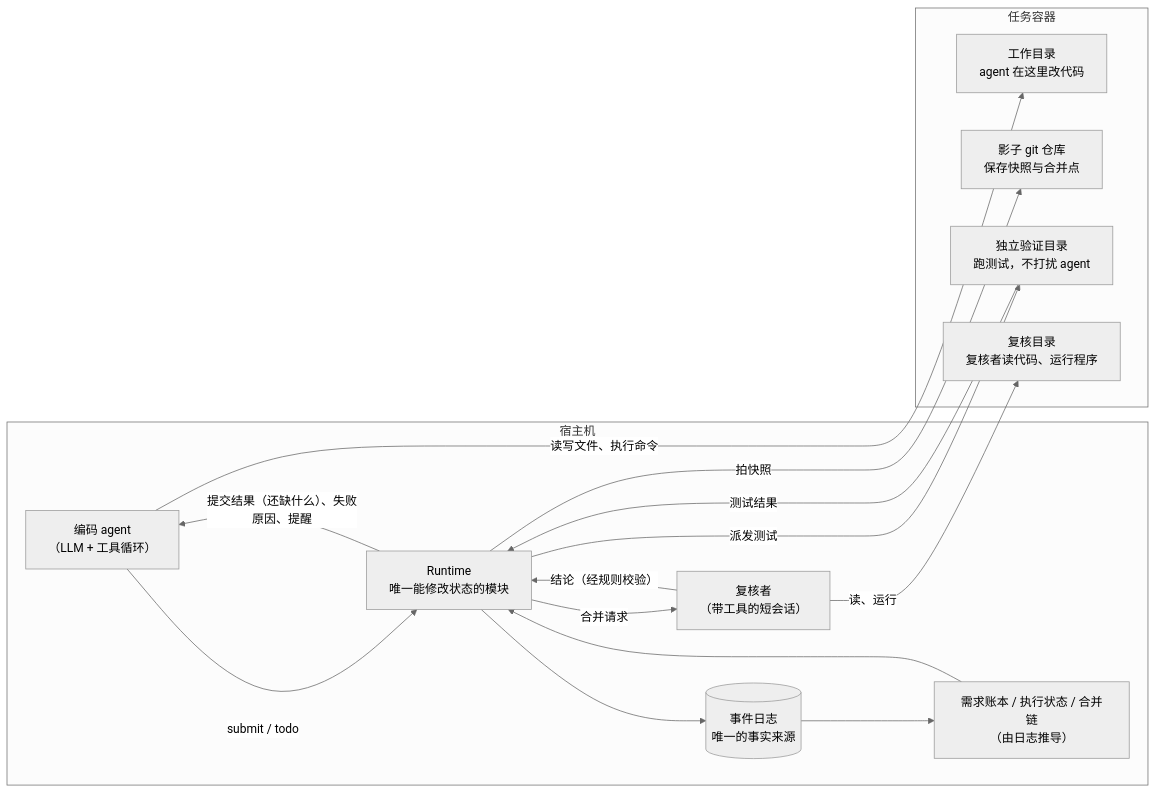
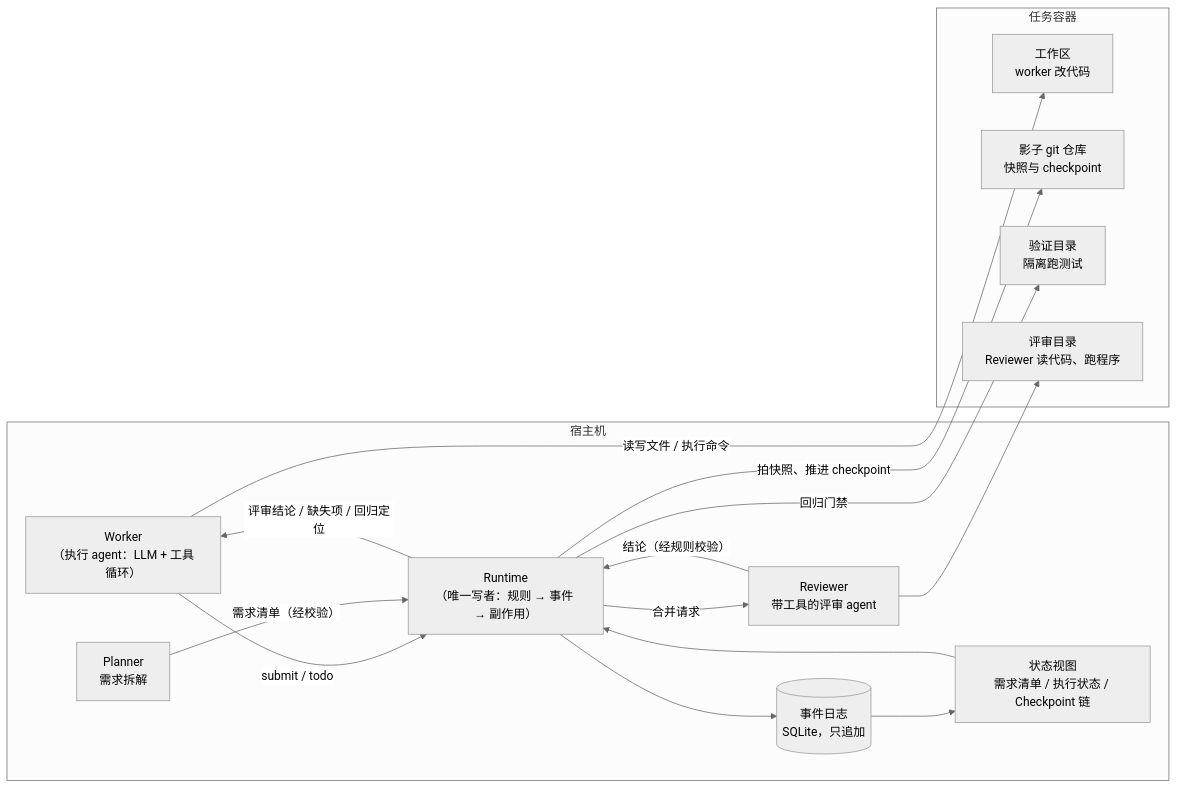
The first of 2 diagrams in README.md (jyh21377063/belay), drawn with Mermaid (neutral theme) before and after one commit. The commit also changed other lines of this file and 3 other files, not shown here.

````diff
--- a/README.md
+++ b/README.md
@@ -36,26 +55,27 @@
 ```mermaid
 flowchart LR
   subgraph Host["宿主机"]
-    A["编码 agent<br/>（LLM + 工具循环）"]
-    R["Runtime<br/>唯一能修改状态的模块"]
-    L[("事件日志<br/>唯一的事实来源")]
-    G["需求账本 / 执行状态 / 合并链<br/>（由日志推导）"]
-    V["复核者<br/>（带工具的短会话）"]
+    W["Worker<br/>（执行 agent：LLM + 工具循环）"]
+    RT["Runtime<br/>（唯一写者：规则 → 事件 → 副作用）"]
+    LOG[("事件日志<br/>SQLite，只追加")]
+    VIEW["状态视图<br/>需求清单 / 执行状态 / Checkpoint 链"]
+    P["Planner<br/>需求拆解"]
+    RV["Reviewer<br/>带工具的评审 agent"]
   end
   subgraph Box["任务容器"]
-    WS["工作目录<br/>agent 在这里改代码"]
-    GIT["影子 git 仓库<br/>保存快照与合并点"]
-    VD["独立验证目录<br/>跑测试，不打扰 agent"]
-    RD["复核目录<br/>复核者读代码、运行程序"]
+    WS["工作区<br/>worker 改代码"]
+    GIT["影子 git 仓库<br/>快照与 checkpoint"]
+    VS["验证目录<br/>隔离跑测试"]
+    RD["评审目录<br/>Reviewer 读代码、跑程序"]
   end
-  A -- "读写文件、执行命令" --> WS
-  A -- "submit / todo" --> R
-  R -- "提交结果（还缺什么）、失败原因、提醒" --> A
-  R --> L --> G --> R
-  R -- "拍快照" --> GIT
-  R -- "派发测试" --> VD
-  VD -- "测试结果" --> R
-  R -- "合并请求" --> V
-  V -- "结论（经规则校验）" --> R
-  V -- "读、运行" --> RD
+  W -- "读写文件 / 执行命令" --> WS
+  W -- "submit / todo" --> RT
+  RT -- "评审结论 / 缺失项 / 回归定位" --> W
+  RT --> LOG --> VIEW --> RT
+  P -- "需求清单（经校验）" --> RT
+  RT -- "拍快照、推进 checkpoint" --> GIT
+  RT -- "回归门禁" --> VS
+  RT -- "合并请求" --> RV
+  RV -- "结论（经规则校验）" --> RT
+  RV --> RD
 ```
````
